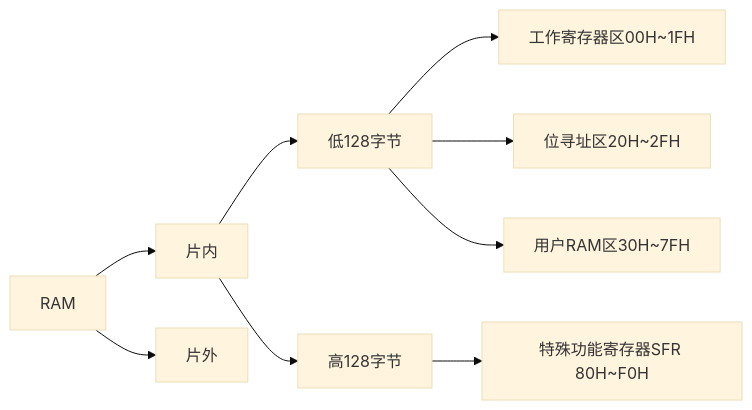
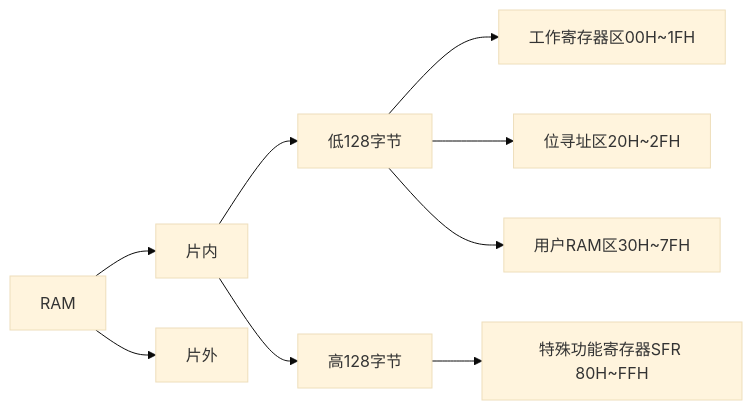
One commit to UNLINEARITY/Learn-Everything changed the diagram in src/site/notes/51单片机的储存空间.md. Above: the diagram before and after it, drawn with Mermaid (base theme).

````diff
--- a/src/site/notes/51单片机的储存空间.md
+++ b/src/site/notes/51单片机的储存空间.md
@@ -13,7 +13,7 @@
 ```mermaid
 graph LR
 RAM --> 片内 & 片外
 片内 --> 1[低128字节]  &  2[高128字节]
 1 --> 11["工作寄存器区00H~1FH"] & 12["位寻址区20H~2FH"] & 13["用户RAM区30H~7FH"]
-2 -->21["特殊功能寄存器SFR 80H~F0H"]
+2 -->21["特殊功能寄存器SFR 80H~FFH"]
 ```
````
